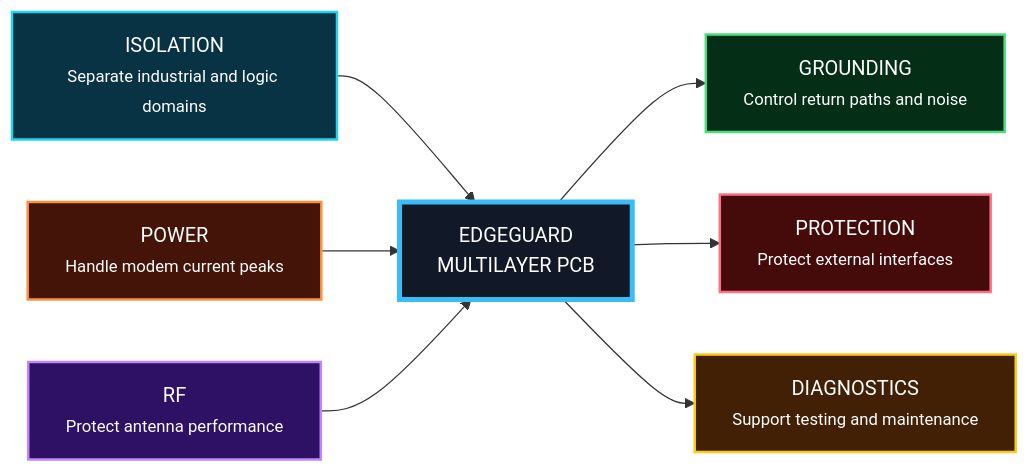
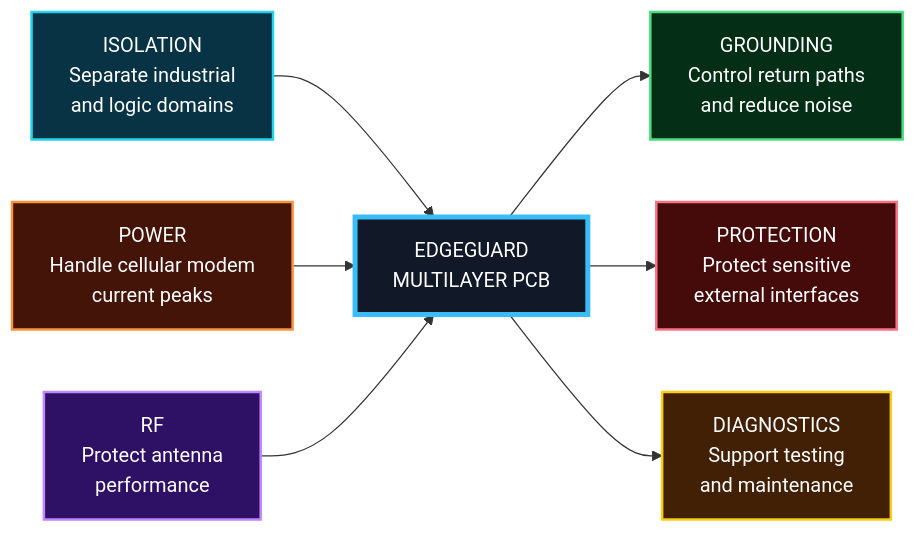
The fourth of 5 diagrams in README.md (bk201-dev/industrial-edge-monitoring-platform), drawn with Mermaid before and after one commit.

````diff
--- a/README.md
+++ b/README.md
@@ -169,29 +169,33 @@
 ```mermaid
 flowchart LR
 
-    ISO["ISOLATION<br/><small>Separate industrial and logic domains</small>"]:::cyan
-    POWER["POWER<br/><small>Handle modem current peaks</small>"]:::orange
-    RF["RF<br/><small>Protect antenna performance</small>"]:::purple
+    ISO["ISOLATION<br/>Separate industrial<br/>and logic domains"]:::cyan
+
+    POWER["POWER<br/>Handle cellular modem<br/>current peaks"]:::orange
+
+    RF["RF<br/>Protect antenna<br/>performance"]:::purple
 
     BOARD["EDGEGUARD<br/>MULTILAYER PCB"]:::core
 
-    GND["GROUNDING<br/><small>Control return paths and noise</small>"]:::green
-    PROT["PROTECTION<br/><small>Protect external interfaces</small>"]:::red
-    DEBUG["DIAGNOSTICS<br/><small>Support testing and maintenance</small>"]:::yellow
+    GND["GROUNDING<br/>Control return paths<br/>and reduce noise"]:::green
+
+    PROT["PROTECTION<br/>Protect sensitive<br/>external interfaces"]:::red
+
+    DEBUG["DIAGNOSTICS<br/>Support testing<br/>and maintenance"]:::yellow
 
     ISO --> BOARD
     POWER --> BOARD
     RF --> BOARD
 
     BOARD --> GND
     BOARD --> PROT
     BOARD --> DEBUG
 
     classDef core fill:#111827,stroke:#38BDF8,color:#FFFFFF,stroke-width:4px;
     classDef cyan fill:#083344,stroke:#22D3EE,color:#FFFFFF,stroke-width:2px;
     classDef orange fill:#431407,stroke:#FB923C,color:#FFFFFF,stroke-width:2px;
     classDef purple fill:#2E1065,stroke:#C084FC,color:#FFFFFF,stroke-width:2px;
     classDef green fill:#052E16,stroke:#4ADE80,color:#FFFFFF,stroke-width:2px;
     classDef red fill:#450A0A,stroke:#FB7185,color:#FFFFFF,stroke-width:2px;
     classDef yellow fill:#422006,stroke:#FACC15,color:#FFFFFF,stroke-width:2px;
 ```
````
